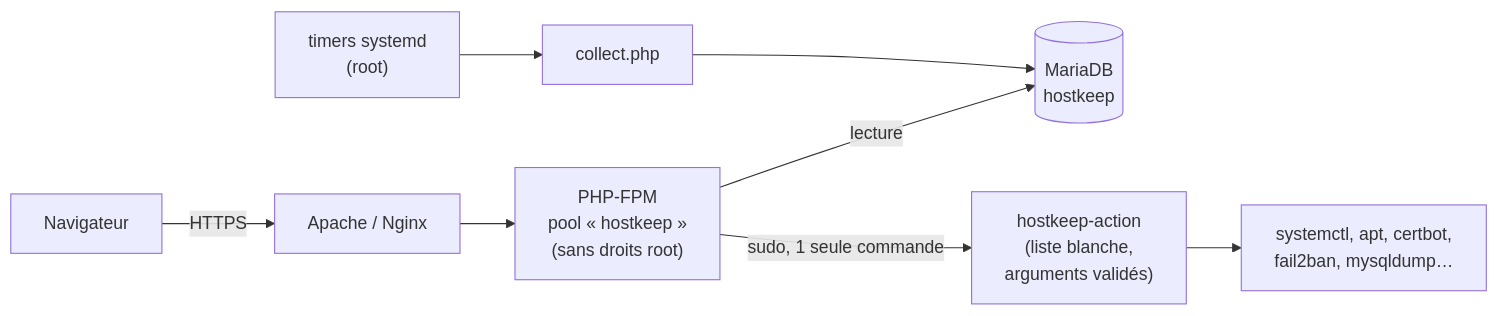
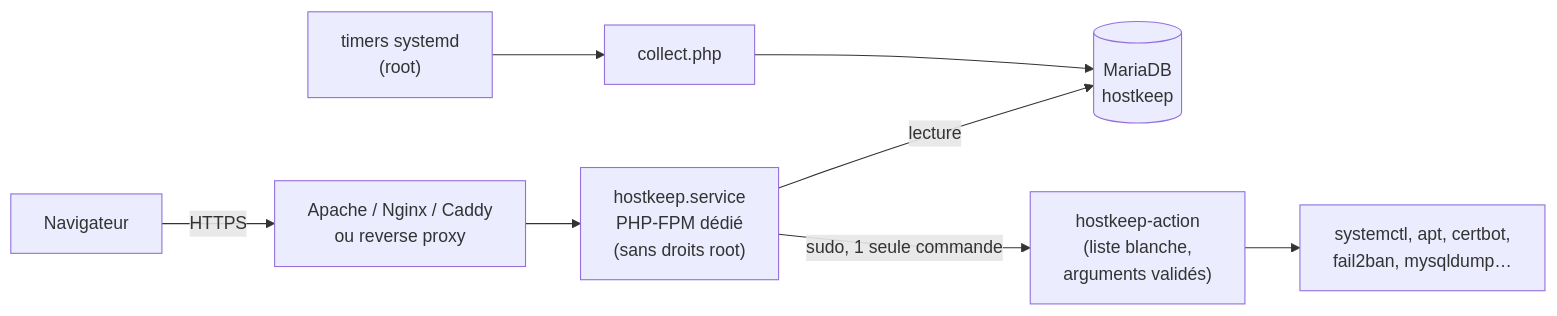
One commit to ydeloustal/HostKeep changed the diagram in README.md. Above: the diagram before and after it, drawn with Mermaid. The commit also changed other lines of this file, not shown here.

````diff
--- a/README.md
+++ b/README.md
@@ -190,9 +211,9 @@
 ```mermaid
 flowchart LR
-    B[Navigateur] -- HTTPS --> W[Apache / Nginx]
-    W --> F["PHP-FPM<br/>pool « hostkeep »<br/>(sans droits root)"]
+    B[Navigateur] -- HTTPS --> W[Apache / Nginx / Caddy<br/>ou reverse proxy]
+    W --> F["hostkeep.service<br/>PHP-FPM dédié<br/>(sans droits root)"]
     F -- lecture --> DB[(MariaDB<br/>hostkeep)]
     F -- "sudo, 1 seule commande" --> H["hostkeep-action<br/>(liste blanche,<br/>arguments validés)"]
     T["timers systemd<br/>(root)"] --> C[collect.php] --> DB
     H --> S[systemctl, apt, certbot,<br/>fail2ban, mysqldump…]
 ```
````
